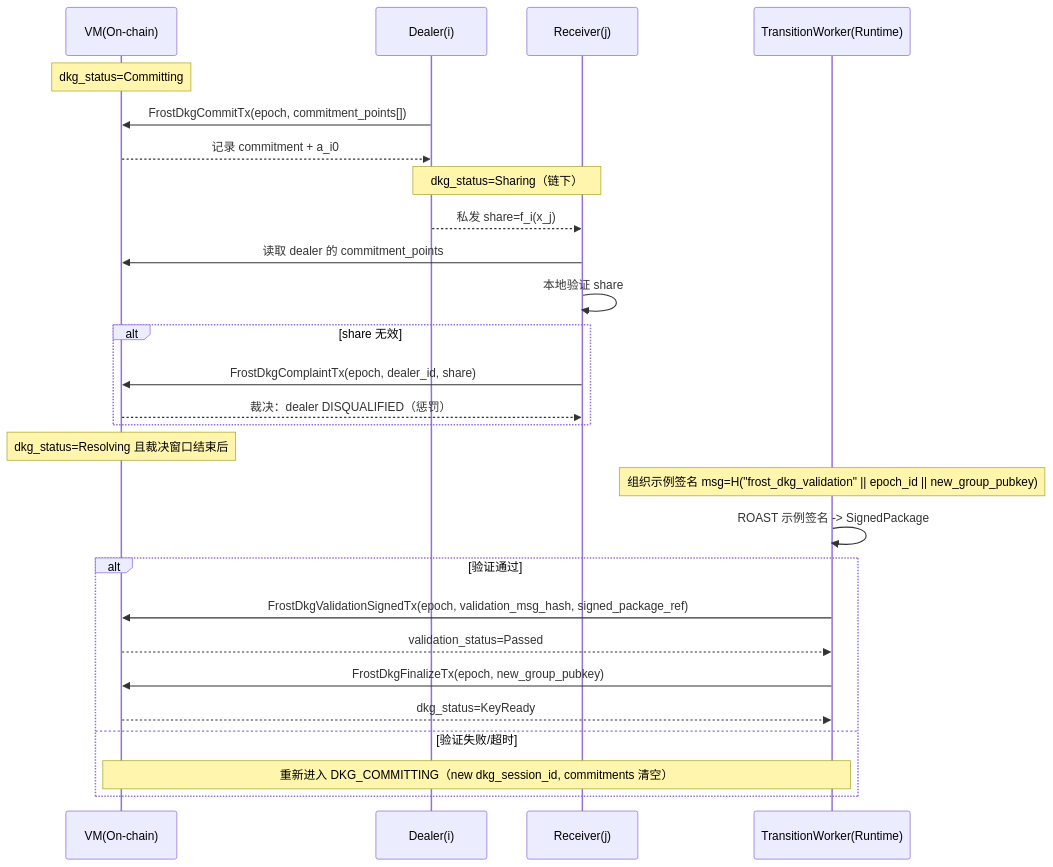
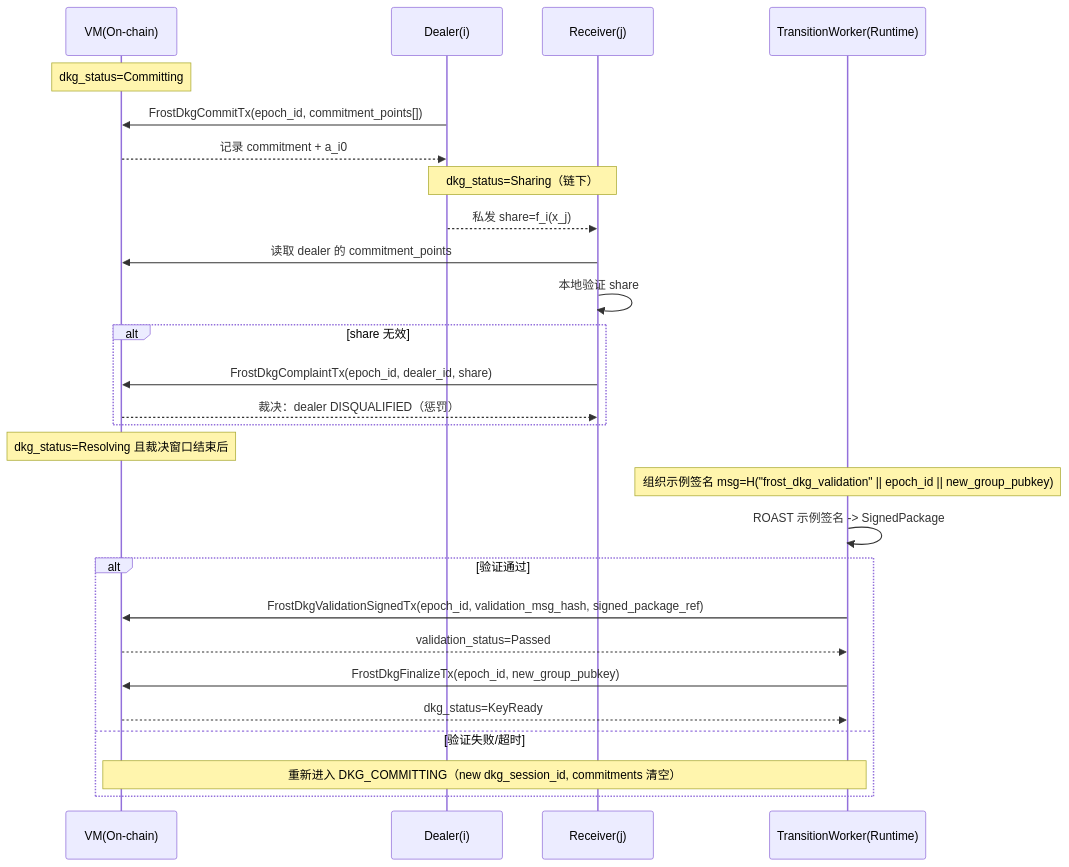
The sixth of 8 diagrams in frost/design_v2_job.md (davidLeeeeeeeeeeee/dex), drawn with Mermaid before and after one commit. The commit also changed other lines of this file and 1 other file, not shown here.

````diff
--- a/frost/design_v2_job.md
+++ b/frost/design_v2_job.md
@@ -668,34 +692,34 @@
 ```mermaid
 sequenceDiagram
   participant CH as VM(On-chain)
   participant D as Dealer(i)
   participant R as Receiver(j)
   participant TW as TransitionWorker(Runtime)
 
   Note over CH: dkg_status=Committing
-  D->>CH: FrostDkgCommitTx(epoch, commitment_points[])
+  D->>CH: FrostDkgCommitTx(epoch_id, commitment_points[])
   CH-->>D: 记录 commitment + a_i0
 
   Note over D,R: dkg_status=Sharing（链下）
   D-->>R: 私发 share=f_i(x_j)
   R->>CH: 读取 dealer 的 commitment_points
   R->>R: 本地验证 share
 
   alt share 无效
-    R->>CH: FrostDkgComplaintTx(epoch, dealer_id, share)
+    R->>CH: FrostDkgComplaintTx(epoch_id, dealer_id, share)
     CH-->>R: 裁决：dealer DISQUALIFIED（惩罚）
   end
 
   Note over CH: dkg_status=Resolving 且裁决窗口结束后
   Note over TW: 组织示例签名 msg=H("frost_dkg_validation" || epoch_id || new_group_pubkey)
   TW->>TW: ROAST 示例签名 -> SignedPackage
 
   alt 验证通过
-    TW->>CH: FrostDkgValidationSignedTx(epoch, validation_msg_hash, signed_package_ref)
+    TW->>CH: FrostDkgValidationSignedTx(epoch_id, validation_msg_hash, signed_package_ref)
     CH-->>TW: validation_status=Passed
-    TW->>CH: FrostDkgFinalizeTx(epoch, new_group_pubkey)
+    TW->>CH: FrostDkgFinalizeTx(epoch_id, new_group_pubkey)
     CH-->>TW: dkg_status=KeyReady
   else 验证失败/超时
     Note over CH,TW: 重新进入 DKG_COMMITTING（new dkg_session_id, commitments 清空）
   end
 ```
````
